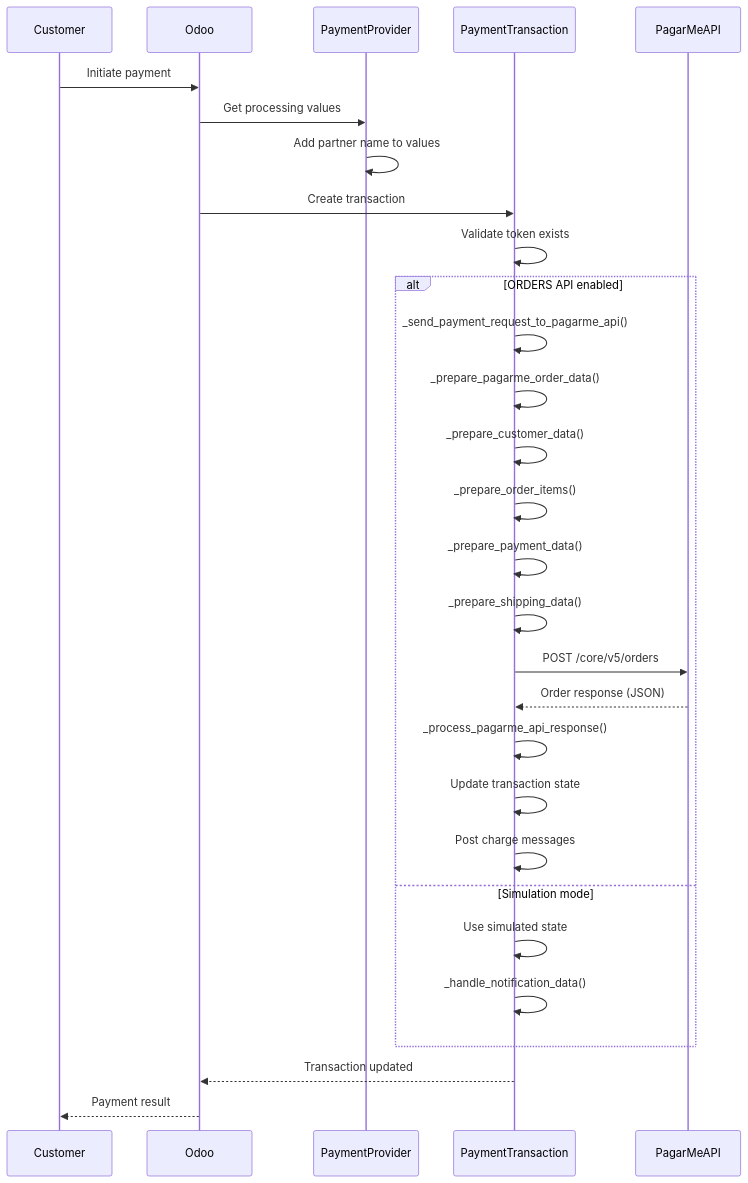
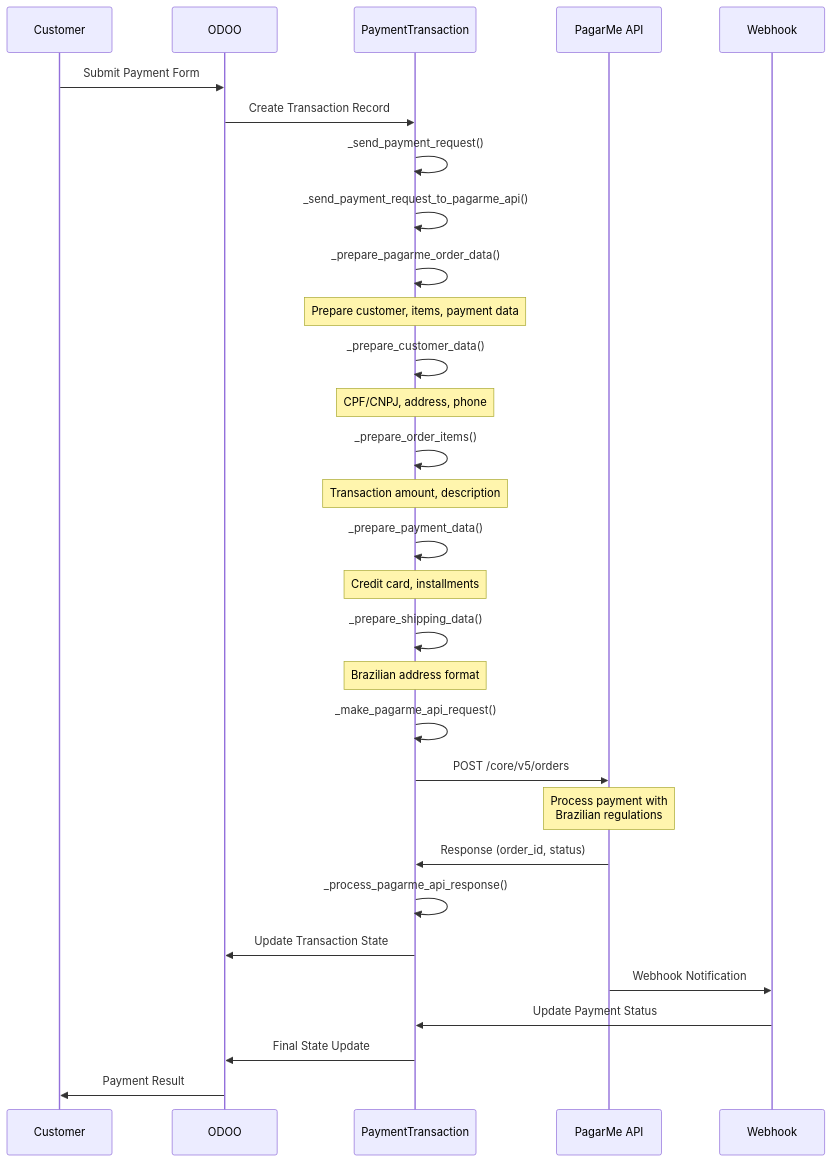
One commit to santzit/l10n-brazil-pagarme changed the third of 6 diagrams in l10n_br_payment_pagarme/PAYMENT_FLOW.md. Above: the diagram before and after it, drawn with Mermaid. The commit also changed other lines of this file and 2 other files, not shown here.

Commit message:
Fix remaining test failures and complete ORDERS API integration documentation

````diff
--- a/l10n_br_payment_pagarme/PAYMENT_FLOW.md
+++ b/l10n_br_payment_pagarme/PAYMENT_FLOW.md
@@ -97,37 +80,41 @@
 ```mermaid
 sequenceDiagram
-    participant Customer
-    participant Odoo
-    participant PaymentProvider
-    participant PaymentTransaction
-    participant PagarMeAPI
-
-    Customer->>Odoo: Initiate payment
-    Odoo->>PaymentProvider: Get processing values
-    PaymentProvider->>PaymentProvider: Add partner name to values
-
-    Odoo->>PaymentTransaction: Create transaction
-    PaymentTransaction->>PaymentTransaction: Validate token exists
-
-    alt ORDERS API enabled
-        PaymentTransaction->>PaymentTransaction: _send_payment_request_to_pagarme_api()
-        PaymentTransaction->>PaymentTransaction: _prepare_pagarme_order_data()
-        PaymentTransaction->>PaymentTransaction: _prepare_customer_data()
-        PaymentTransaction->>PaymentTransaction: _prepare_order_items()
-        PaymentTransaction->>PaymentTransaction: _prepare_payment_data()
-        PaymentTransaction->>PaymentTransaction: _prepare_shipping_data()
-
-        PaymentTransaction->>PagarMeAPI: POST /core/v5/orders
-        PagarMeAPI-->>PaymentTransaction: Order response (JSON)
-
-        PaymentTransaction->>PaymentTransaction: _process_pagarme_api_response()
-        PaymentTransaction->>PaymentTransaction: Update transaction state
-        PaymentTransaction->>PaymentTransaction: Post charge messages
-    else Simulation mode
-        PaymentTransaction->>PaymentTransaction: Use simulated state
-        PaymentTransaction->>PaymentTransaction: _handle_notification_data()
-    end
-
-    PaymentTransaction-->>Odoo: Transaction updated
-    Odoo-->>Customer: Payment result
+    participant C as Customer
+    participant O as ODOO
+    participant P as PaymentTransaction
+    participant A as PagarMe API
+    participant W as Webhook
+    
+    C->>O: Submit Payment Form
+    O->>P: Create Transaction Record
+    P->>P: _send_payment_request()
+    P->>P: _send_payment_request_to_pagarme_api()
+    
+    P->>P: _prepare_pagarme_order_data()
+    Note over P: Prepare customer, items, payment data
+    
+    P->>P: _prepare_customer_data()
+    Note over P: CPF/CNPJ, address, phone
+    
+    P->>P: _prepare_order_items()
+    Note over P: Transaction amount, description
+    
+    P->>P: _prepare_payment_data()
+    Note over P: Credit card, installments
+    
+    P->>P: _prepare_shipping_data()
+    Note over P: Brazilian address format
+    
+    P->>P: _make_pagarme_api_request()
+    P->>A: POST /core/v5/orders
+    Note over A: Process payment with<br/>Brazilian regulations
+    
+    A->>P: Response (order_id, status)
+    P->>P: _process_pagarme_api_response()
+    P->>O: Update Transaction State
+    
+    A->>W: Webhook Notification
+    W->>P: Update Payment Status
+    P->>O: Final State Update
+    O->>C: Payment Result
 ```
````
